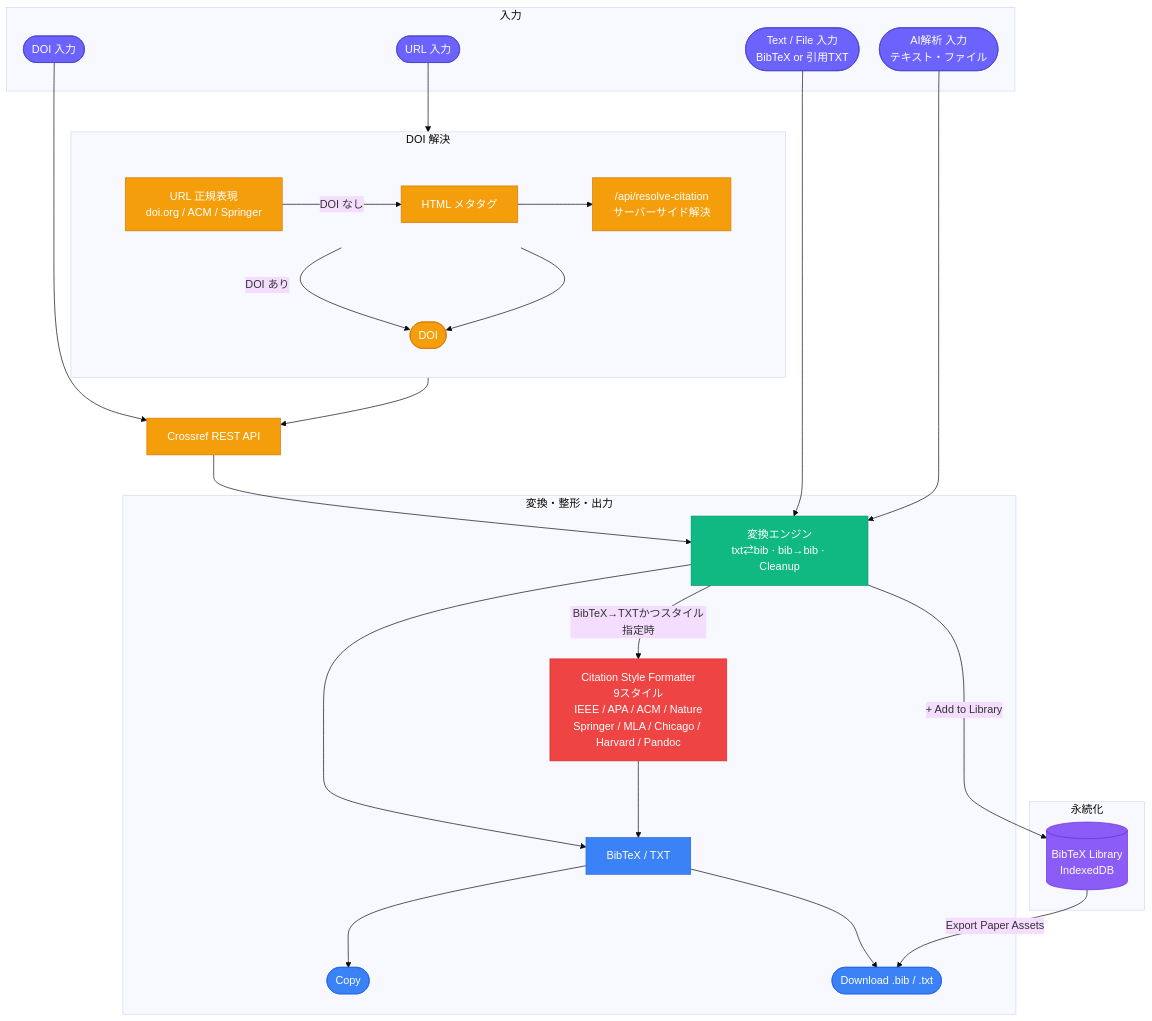
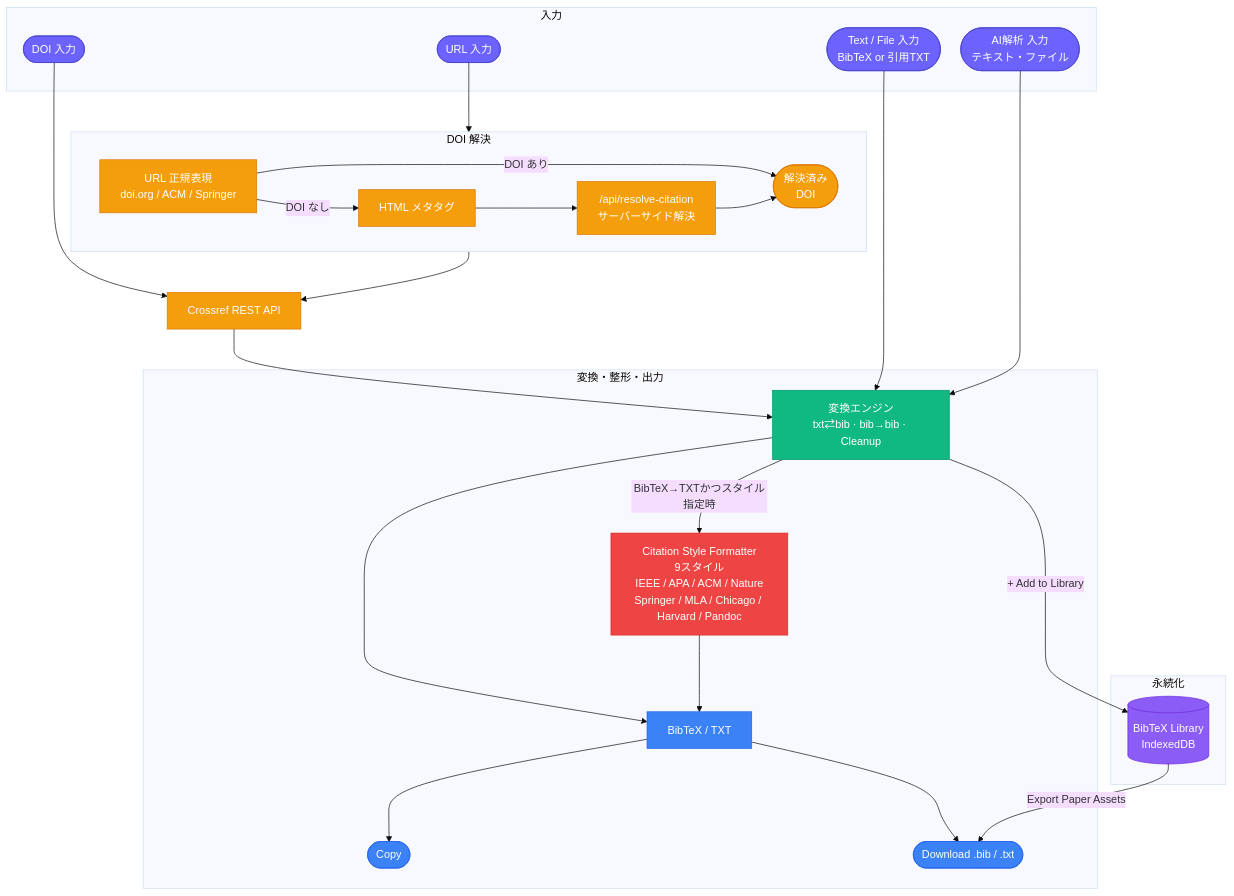
The first of 3 diagrams in docs/architecture/citation.md (Axe0320/latex-research-toolkit), drawn with Mermaid (base theme) before and after one commit.

Commit message:
docs(architecture): revert DOI node to single row, enlarge via 2-line label
The 2-tier layout grew the diagram's total height (1311px -> 1496px),
which made GitHub's fixed-width scaling render everything smaller,
not just the DOI node bigger. Reverting to the single-row RESOLVE
layout and relabeling the node "解決済み DOI" (2 lines) gives it a
normal stadium size matching its siblings without changing the
diagram's overall height at all.

````diff
--- a/docs/architecture/citation.md
+++ b/docs/architecture/citation.md
@@ -15,60 +15,56 @@
 ```mermaid
 %%{init: {'flowchart': {'nodeSpacing': 30, 'rankSpacing': 60}}}%%
 flowchart TD
     classDef input  fill:#6C63FF,color:#fff,stroke:#4a44cc
     classDef api    fill:#F59E0B,color:#fff,stroke:#D97706
     classDef parse  fill:#10B981,color:#fff,stroke:#059669
     classDef format fill:#EF4444,color:#fff,stroke:#DC2626
     classDef out    fill:#3B82F6,color:#fff,stroke:#2563EB
     classDef store  fill:#8B5CF6,color:#fff,stroke:#6D28D9
 
     subgraph INPUTS["入力"]
         U(["URL 入力"]):::input
         D(["DOI 入力"]):::input
         T(["Text / File 入力<br/>BibTeX or 引用TXT"]):::input
         AI(["AI解析 入力<br/>テキスト・ファイル"]):::input
     end
 
     subgraph RESOLVE["DOI 解決"]
-        direction TD
-        subgraph RESOLVE_ROW1[" "]
-            direction LR
-            RX["URL 正規表現<br/>doi.org / ACM / Springer"]:::api
-            META[HTML メタタグ]:::api
-            PROXY["/api/resolve-citation<br/>サーバーサイド解決"]:::api
-            RX -->|"DOI なし"| META --> PROXY
-        end
-        DOI(["DOI"]):::api
+        direction LR
+        RX["URL 正規表現<br/>doi.org / ACM / Springer"]:::api
+        META[HTML メタタグ]:::api
+        PROXY["/api/resolve-citation<br/>サーバーサイド解決"]:::api
+        DOI(["解決済み<br/>DOI"]):::api
+        RX -->|"DOI なし"| META --> PROXY
         RX -->|"DOI あり"| DOI
         PROXY --> DOI
     end
-    style RESOLVE_ROW1 fill:transparent,stroke:transparent
 
     CR[Crossref REST API]:::api
 
     subgraph PROC["変換・整形・出力"]
         CV["変換エンジン<br/>txt⇄bib · bib→bib · Cleanup"]:::parse
         SF["Citation Style Formatter<br/>9スタイル<br/>IEEE / APA / ACM / Nature<br/>Springer / MLA / Chicago / Harvard / Pandoc"]:::format
         OP[BibTeX / TXT]:::out
         CP([Copy]):::out
         DL([Download .bib / .txt]):::out
         CV -->|"BibTeX→TXTかつスタイル指定時"| SF
         CV --> OP
         SF --> OP
         OP --> CP
         OP --> DL
     end
 
     subgraph STORE["永続化"]
         LIB[("BibTeX Library<br/>IndexedDB")]:::store
     end
 
     U --> RX
     D --> CR
     DOI --> CR
     CR --> CV
     T --> CV
     AI --> CV
     CV -->|"+ Add to Library"| LIB
     LIB -->|"Export Paper Assets"| DL
 ```
````
